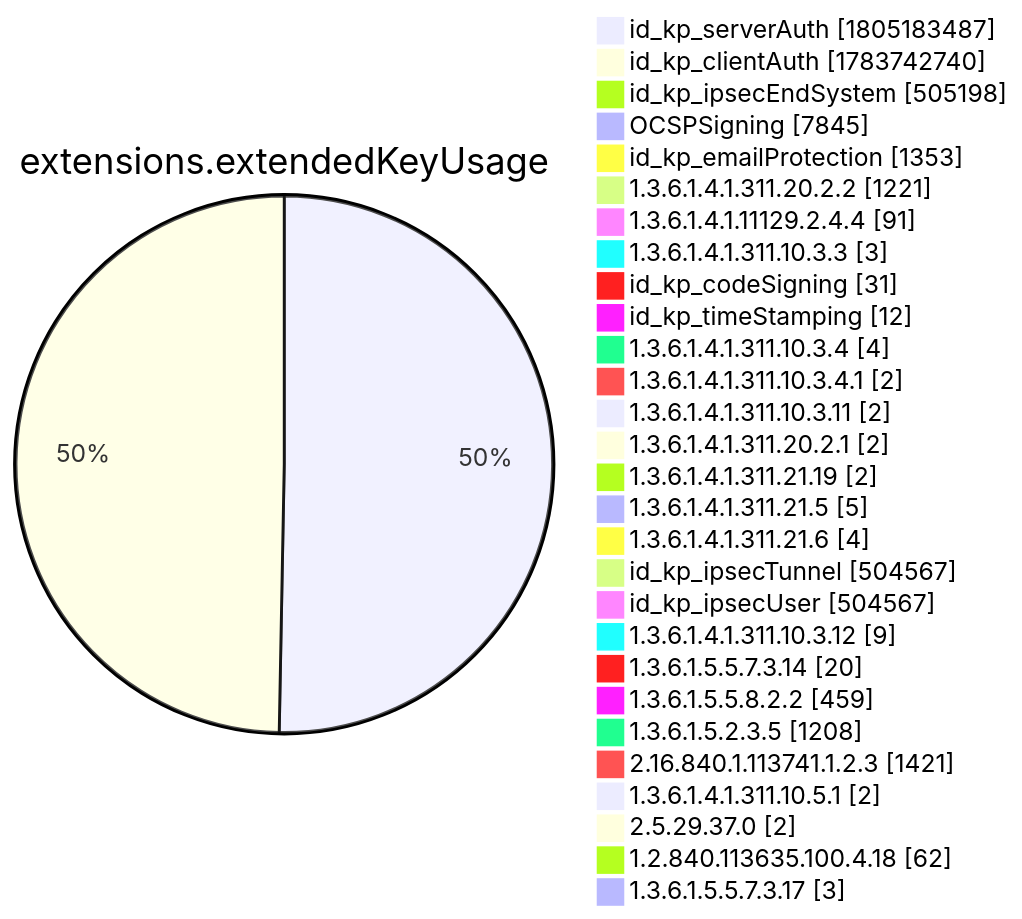
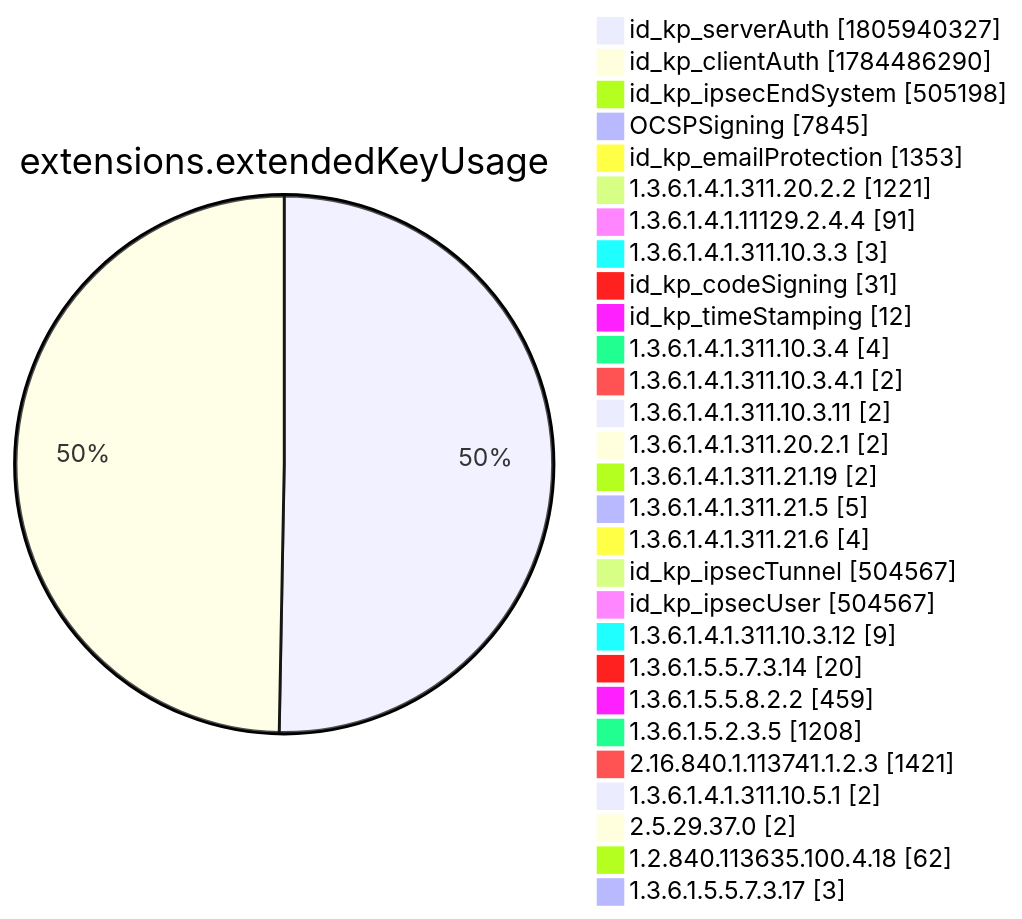
Before and after one commit to christiankrug/ctmonitor_visualization: diagram 12 of 15 in xenon2022/README.md, drawn with Mermaid. The commit also changed other lines of this file, not shown here.

````diff
--- a/xenon2022/README.md
+++ b/xenon2022/README.md
@@ -3895,32 +3895,32 @@
 ```mermaid
 pie showData
 title extensions.extendedKeyUsage
-"id_kp_serverAuth" :1805183487
-"id_kp_clientAuth" :1783742740
+"id_kp_serverAuth" :1805940327
+"id_kp_clientAuth" :1784486290
 "id_kp_ipsecEndSystem" :505198
 "OCSPSigning" :7845
 "id_kp_emailProtection" :1353
 "1.3.6.1.4.1.311.20.2.2" :1221
 "1.3.6.1.4.1.11129.2.4.4" :91
 "1.3.6.1.4.1.311.10.3.3" :3
 "id_kp_codeSigning" :31
 "id_kp_timeStamping" :12
 "1.3.6.1.4.1.311.10.3.4" :4
 "1.3.6.1.4.1.311.10.3.4.1" :2
 "1.3.6.1.4.1.311.10.3.11" :2
 "1.3.6.1.4.1.311.20.2.1" :2
 "1.3.6.1.4.1.311.21.19" :2
 "1.3.6.1.4.1.311.21.5" :5
 "1.3.6.1.4.1.311.21.6" :4
 "id_kp_ipsecTunnel" :504567
 "id_kp_ipsecUser" :504567
 "1.3.6.1.4.1.311.10.3.12" :9
 "1.3.6.1.5.5.7.3.14" :20
 "1.3.6.1.5.5.8.2.2" :459
 "1.3.6.1.5.2.3.5" :1208
 "2.16.840.1.113741.1.2.3" :1421
 "1.3.6.1.4.1.311.10.5.1" :2
 "2.5.29.37.0" :2
 "1.2.840.113635.100.4.18" :62
 "1.3.6.1.5.5.7.3.17" :3
 ```
````
